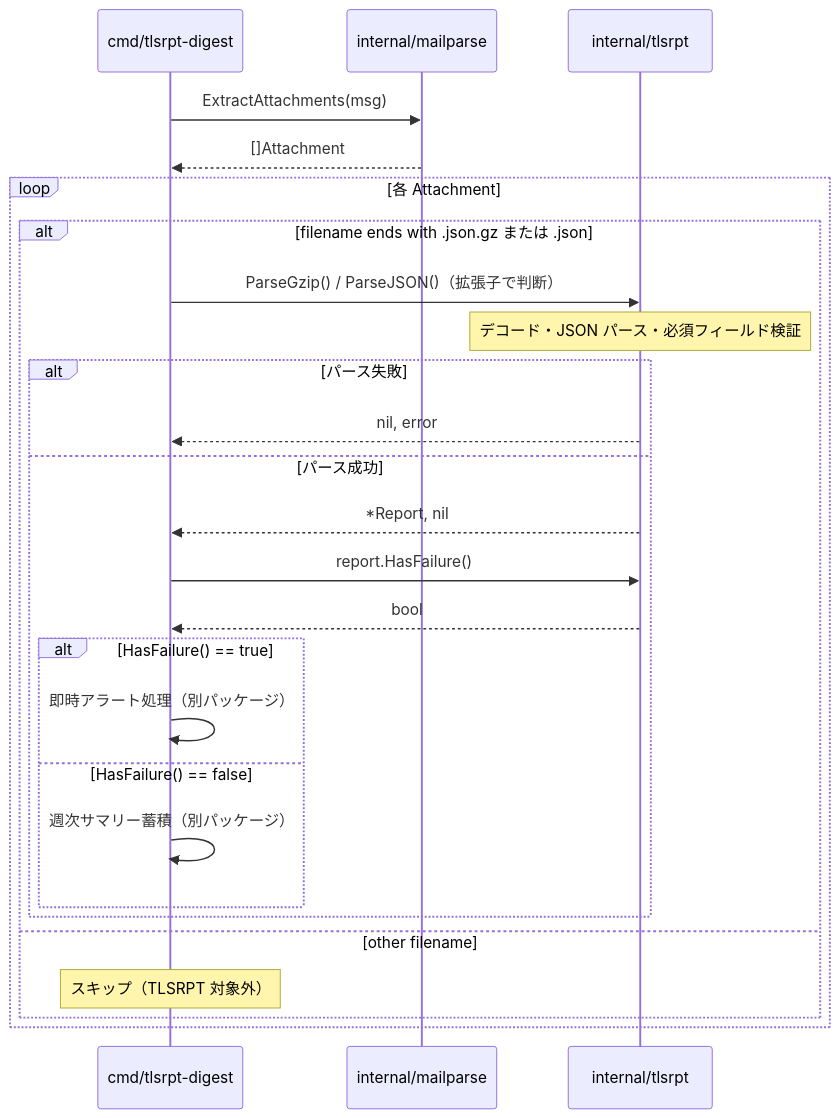
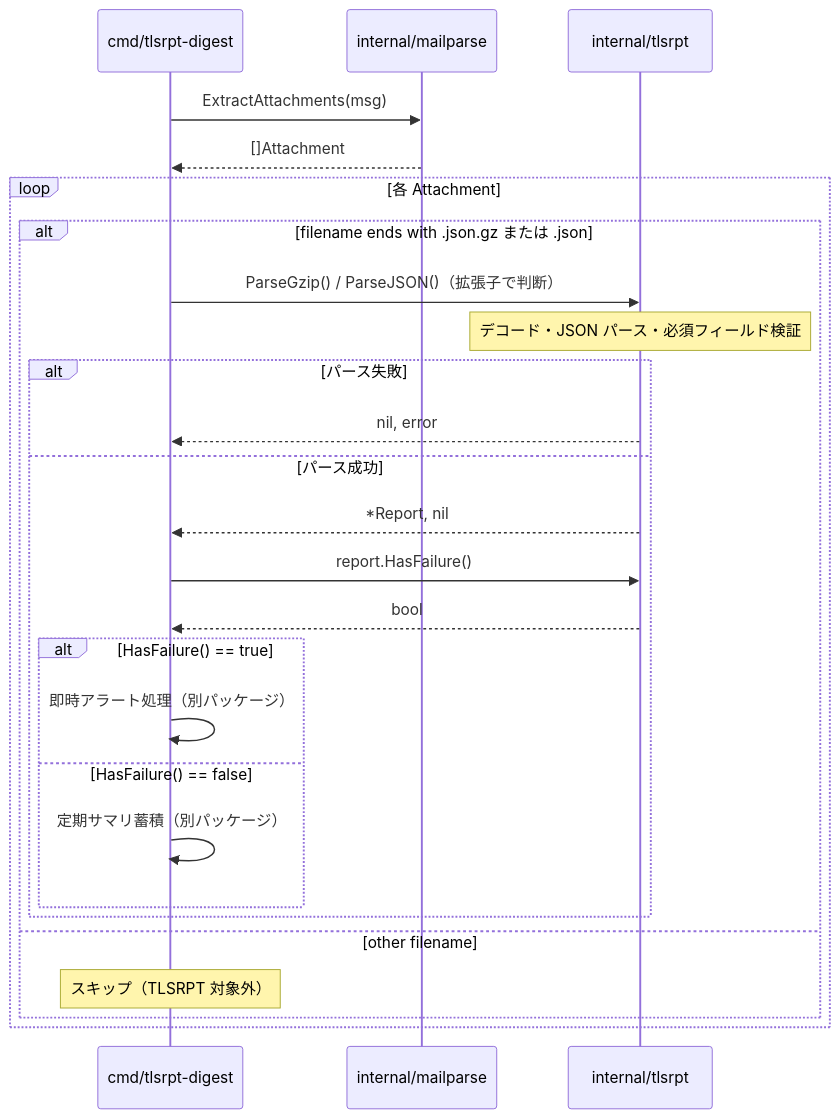
One commit to isseis/tlsrpt-digest changed the fourth of 7 diagrams in docs/tasks/0020_tlsrpt/02_architecture.md. Above: the diagram before and after it, drawn with Mermaid. The commit also changed 3 other files, not shown here.

````diff
--- a/docs/tasks/0020_tlsrpt/02_architecture.md
+++ b/docs/tasks/0020_tlsrpt/02_architecture.md
@@ -113,29 +113,29 @@
 ```mermaid
 sequenceDiagram
     participant CMD as cmd/tlsrpt-digest
     participant MP as internal/mailparse
     participant TR as internal/tlsrpt
 
     CMD->>MP: ExtractAttachments(msg)
     MP-->>CMD: []Attachment
     loop 各 Attachment
         alt filename ends with .json.gz または .json
             CMD->>TR: ParseGzip() / ParseJSON()（拡張子で判断）
             Note over TR: デコード・JSON パース・必須フィールド検証
             alt パース失敗
                 TR-->>CMD: nil, error
             else パース成功
                 TR-->>CMD: *Report, nil
                 CMD->>TR: report.HasFailure()
                 TR-->>CMD: bool
                 alt HasFailure() == true
                     CMD->>CMD: 即時アラート処理（別パッケージ）
                 else HasFailure() == false
-                    CMD->>CMD: 週次サマリー蓄積（別パッケージ）
+                    CMD->>CMD: 定期サマリ蓄積（別パッケージ）
                 end
             end
         else other filename
             Note over CMD: スキップ（TLSRPT 対象外）
         end
     end
 ```
````
